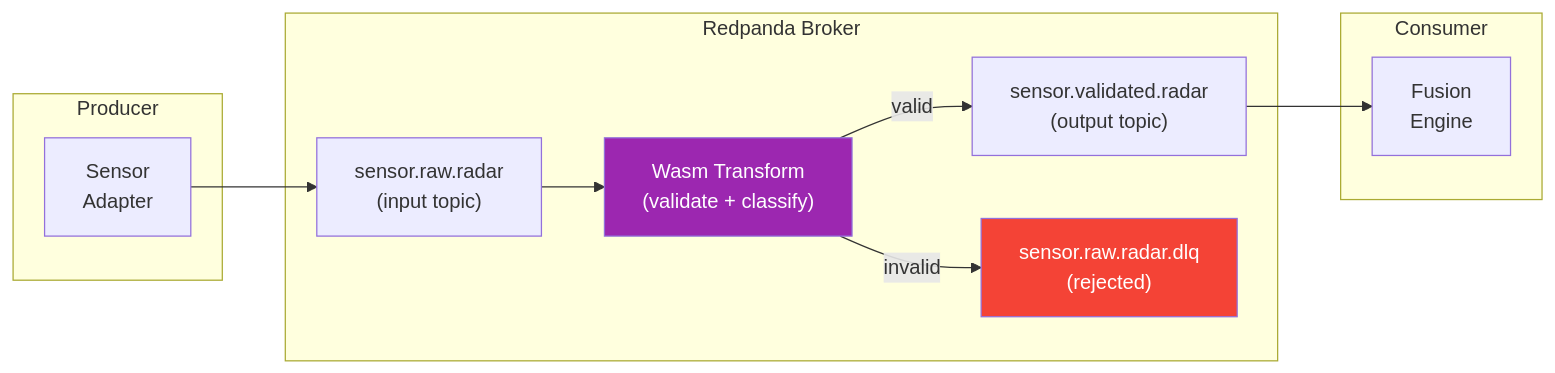
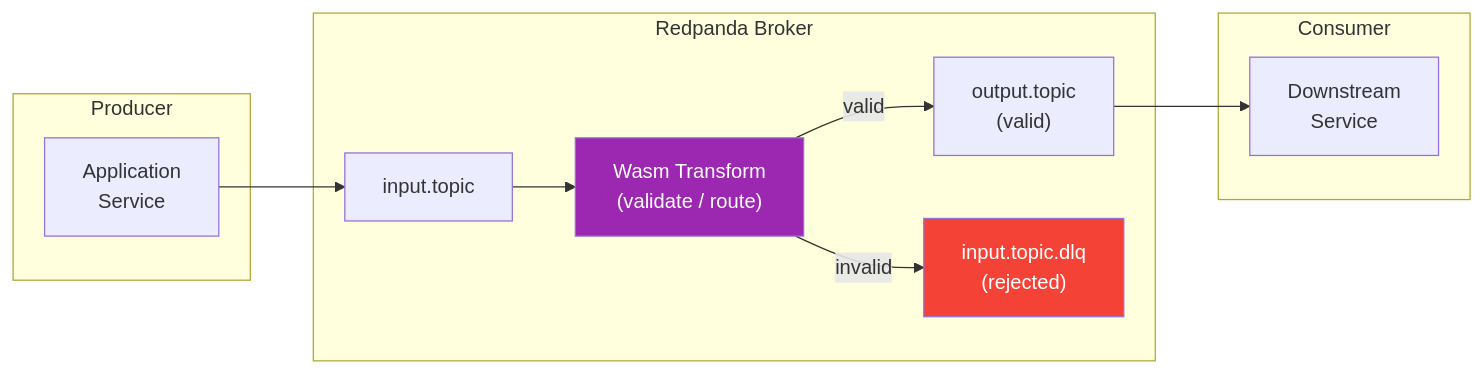
Before and after one commit to arvinddhasmana/rtsa_webgpu: the diagram in docs/sdlc_guidelines/08_tech_specific/wasm_transforms.md, drawn with Mermaid. The commit also changed other lines of this file and 10 other files, not shown here.

````diff
--- a/docs/sdlc_guidelines/08_tech_specific/wasm_transforms.md
+++ b/docs/sdlc_guidelines/08_tech_specific/wasm_transforms.md
@@ -16,26 +18,26 @@
 ```mermaid
 graph LR
     subgraph producer ["Producer"]
-        SENS["Sensor<br/>Adapter"]
+        SVC["Application<br/>Service"]
     end
 
     subgraph redpanda ["Redpanda Broker"]
-        INPUT["sensor.raw.radar<br/>(input topic)"]
-        WASM["Wasm Transform<br/>(validate + classify)"]
-        OUTPUT["sensor.validated.radar<br/>(output topic)"]
-        DLQ["sensor.raw.radar.dlq<br/>(rejected)"]
+        INPUT["input.topic"]
+        WASM["Wasm Transform<br/>(validate / route)"]
+        OUTPUT["output.topic<br/>(valid)"]
+        DLQ["input.topic.dlq<br/>(rejected)"]
     end
 
     subgraph consumer ["Consumer"]
-        FUS["Fusion<br/>Engine"]
+        NEXT["Downstream<br/>Service"]
     end
 
-    SENS --> INPUT
+    SVC --> INPUT
     INPUT --> WASM
     WASM -- "valid" --> OUTPUT
     WASM -- "invalid" --> DLQ
-    OUTPUT --> FUS
+    OUTPUT --> NEXT
 
     style WASM fill:#9C27B0,color:#fff
     style DLQ fill:#F44336,color:#fff
 ```
````
